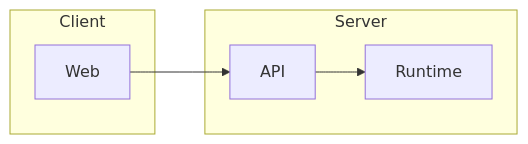
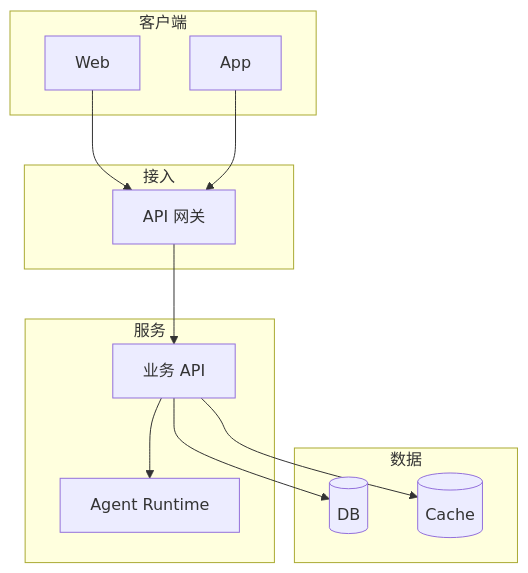
The third of 4 diagrams in skills/diagram/SKILL.md (Yunkou/open-bot), drawn with Mermaid before and after one commit. The commit also changed other lines of this file, not shown here.

Commit message:
chore(skills): merge architecture-diagram into 画图 and remove duplicate

````diff
--- a/skills/diagram/SKILL.md
+++ b/skills/diagram/SKILL.md
@@ -47,11 +49,23 @@
 ```mermaid
-flowchart LR
-  subgraph Client
+flowchart TB
+  subgraph Client["客户端"]
     Web[Web]
+    App[App]
   end
-  subgraph Server
-    API[API]
-    RT[Runtime]
+  subgraph Edge["接入"]
+    GW[API 网关]
   end
-  Web --> API --> RT
+  subgraph Services["服务"]
+    API[业务 API]
+    RT[Agent Runtime]
+  end
+  subgraph Data["数据"]
+    DB[(DB)]
+    Cache[(Cache)]
+  end
+  Web --> GW
+  App --> GW
+  GW --> API --> RT
+  API --> DB
+  API --> Cache
 ```
````
